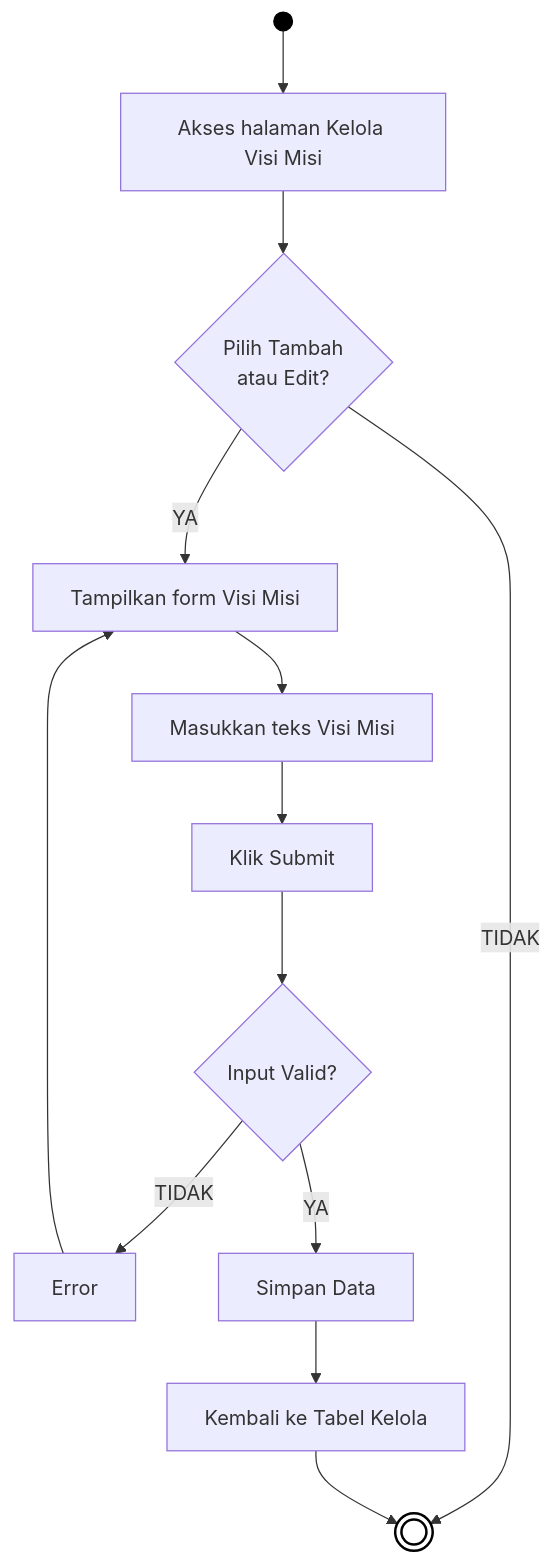
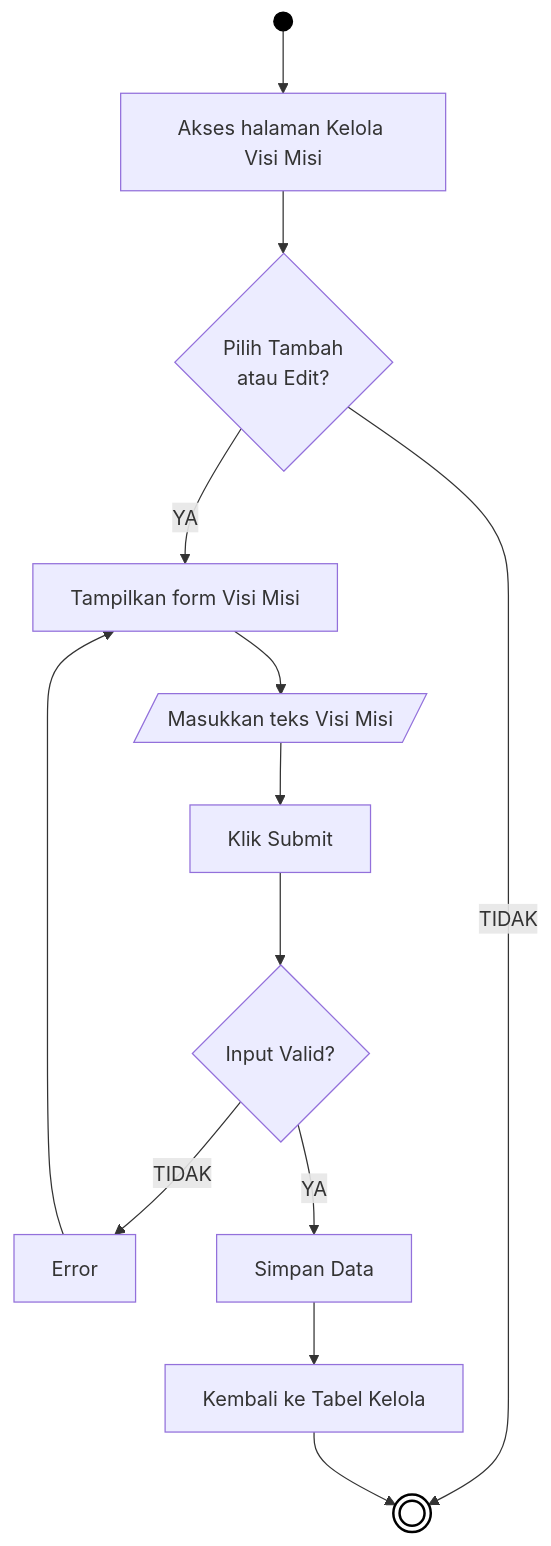
One commit to arbain-dev/Web_fikom changed the second of 21 diagrams in docs/01_DIAGRAM_AKTIVITAS.md. Above: the diagram before and after it, drawn with Mermaid. The commit also changed other lines of this file and 2 other files, not shown here.

Commit message:
docs: perbaiki bentuk IO pada flowchart

````diff
--- a/docs/01_DIAGRAM_AKTIVITAS.md
+++ b/docs/01_DIAGRAM_AKTIVITAS.md
@@ -50,23 +50,23 @@
 ```mermaid
 flowchart TD
     Start(( )) --> A[Akses halaman Kelola Visi Misi]
     
     A --> B{Pilih Tambah\natau Edit?}
     
     B -- YA --> C[Tampilkan form Visi Misi]
     B -- TIDAK --> End((( )))
     
-    C --> D[Masukkan teks Visi Misi]
+    C --> D[/Masukkan teks Visi Misi/]
     D --> E[Klik Submit]
     E --> F{Input Valid?}
     
     F -- TIDAK --> G[Error]
     G --> C
     
     F -- YA --> H[Simpan Data]
     H --> I[Kembali ke Tabel Kelola]
     I --> End
     
     style Start fill:#000,stroke:#000,color:#000
     style End fill:#fff,stroke:#000,stroke-width:2px
 ```
````
